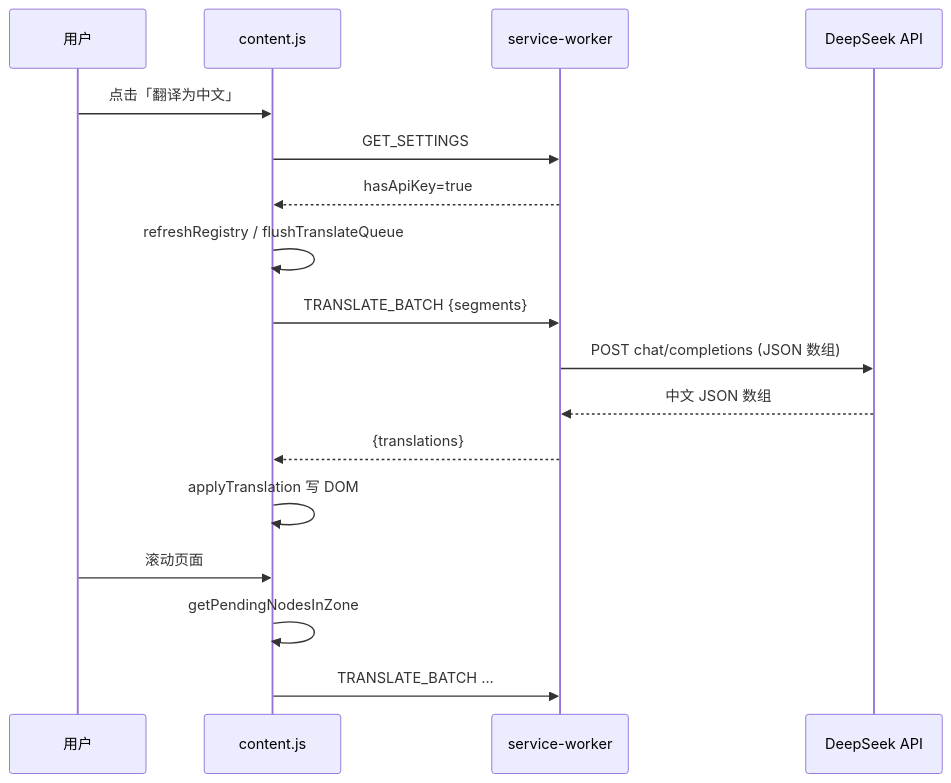
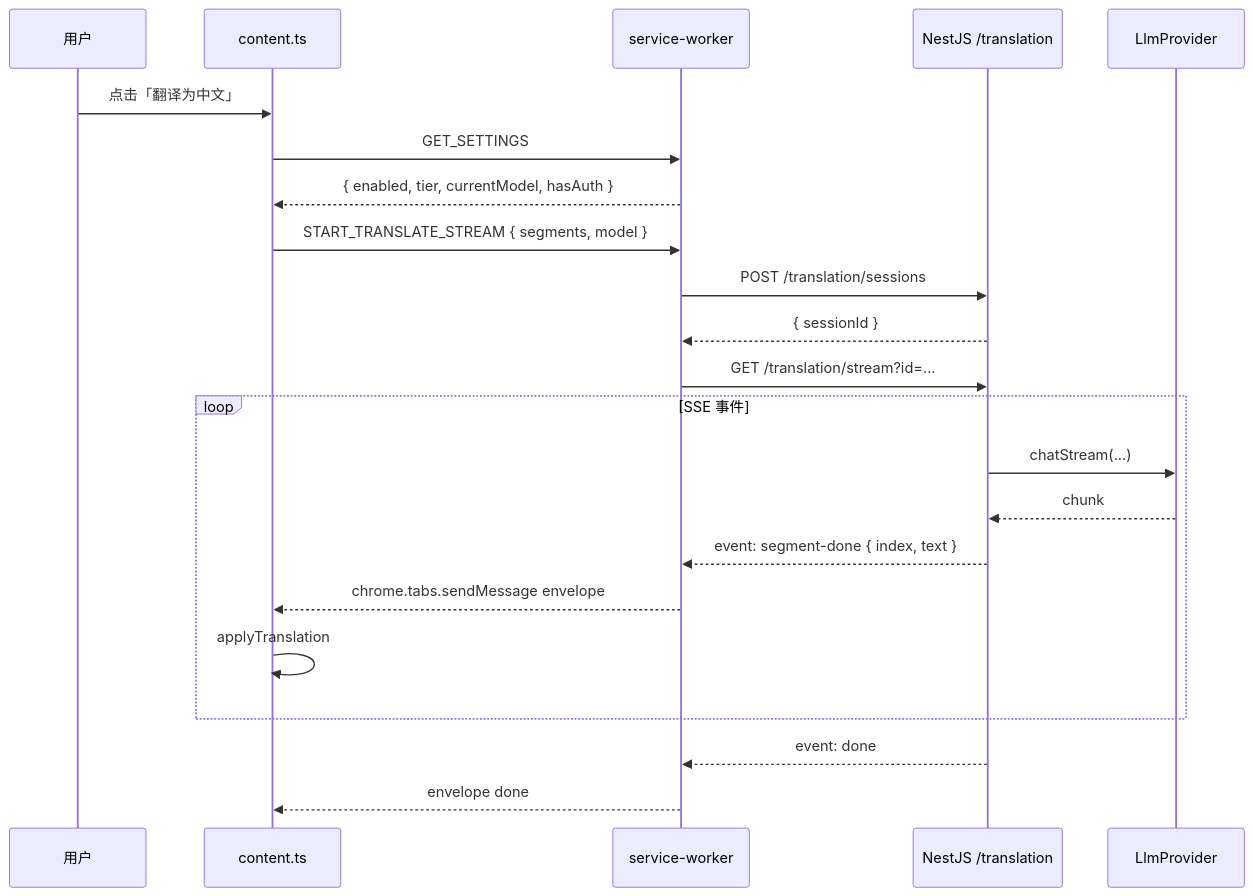
Before and after one commit to HarveyWebLee/translator: the third of 5 diagrams in docs/技术实现文档.md, drawn with Mermaid. The commit also changed other lines of this file and 2 other files, not shown here.

````diff
--- a/docs/技术实现文档.md
+++ b/docs/技术实现文档.md
@@ -251,20 +349,25 @@
 ```mermaid
 sequenceDiagram
   participant U as 用户
-  participant CS as content.js
+  participant CS as content.ts
   participant SW as service-worker
-  participant API as DeepSeek API
+  participant API as NestJS /translation
+  participant LLM as LlmProvider
 
   U->>CS: 点击「翻译为中文」
   CS->>SW: GET_SETTINGS
-  SW-->>CS: hasApiKey=true
-  CS->>CS: refreshRegistry / flushTranslateQueue
-  CS->>SW: TRANSLATE_BATCH {segments}
-  SW->>API: POST chat/completions (JSON 数组)
-  API-->>SW: 中文 JSON 数组
-  SW-->>CS: {translations}
-  CS->>CS: applyTranslation 写 DOM
-  U->>CS: 滚动页面
-  CS->>CS: getPendingNodesInZone
-  CS->>SW: TRANSLATE_BATCH ...
+  SW-->>CS: { enabled, tier, currentModel, hasAuth }
+  CS->>SW: START_TRANSLATE_STREAM { segments, model }
+  SW->>API: POST /translation/sessions
+  API-->>SW: { sessionId }
+  SW->>API: GET /translation/stream?id=...
+  loop SSE 事件
+    API->>LLM: chatStream(...)
+    LLM-->>API: chunk
+    API-->>SW: event: segment-done { index, text }
+    SW-->>CS: chrome.tabs.sendMessage envelope
+    CS->>CS: applyTranslation
+  end
+  API-->>SW: event: done
+  SW-->>CS: envelope done
 ```
````
